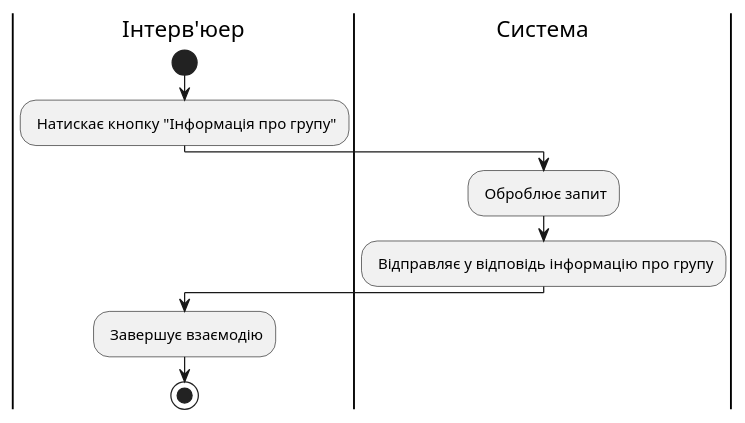
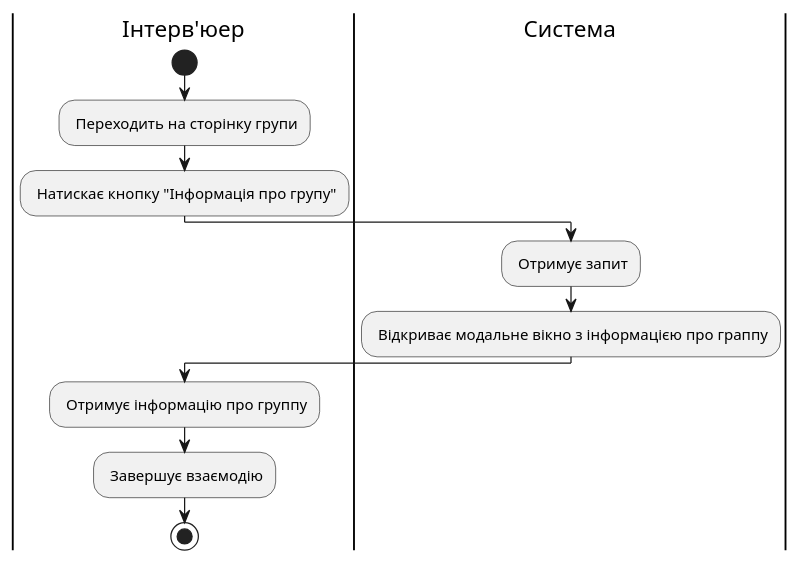
Diagram 18 of 22 in docs/use cases/README.md (michigang1/ImForms), drawn with PlantUML before and after one commit. The commit also changed other lines of this file, not shown here.

Commit message:
Added some changes in diagrams of scenarios

```diff
--- a/docs/use cases/README.md
+++ b/docs/use cases/README.md
@@ -668,14 +839,16 @@
 @startuml
 
 |Інтерв'юер|
 start
+: Переходить на сторінку групи;
 : Натискає кнопку "Інформація про групу";
 
 |Система|
-: Оброблює запит;
-: Відправляє у відповідь інформацію про групу;
+: Отримує запит;
+: Відкриває модальне вікно з інформацією про граппу;
 
 |Інтерв'юер|
+: Отримує інформацію про группу;
 : Завершує взаємодію;
 stop;
 @enduml
```
